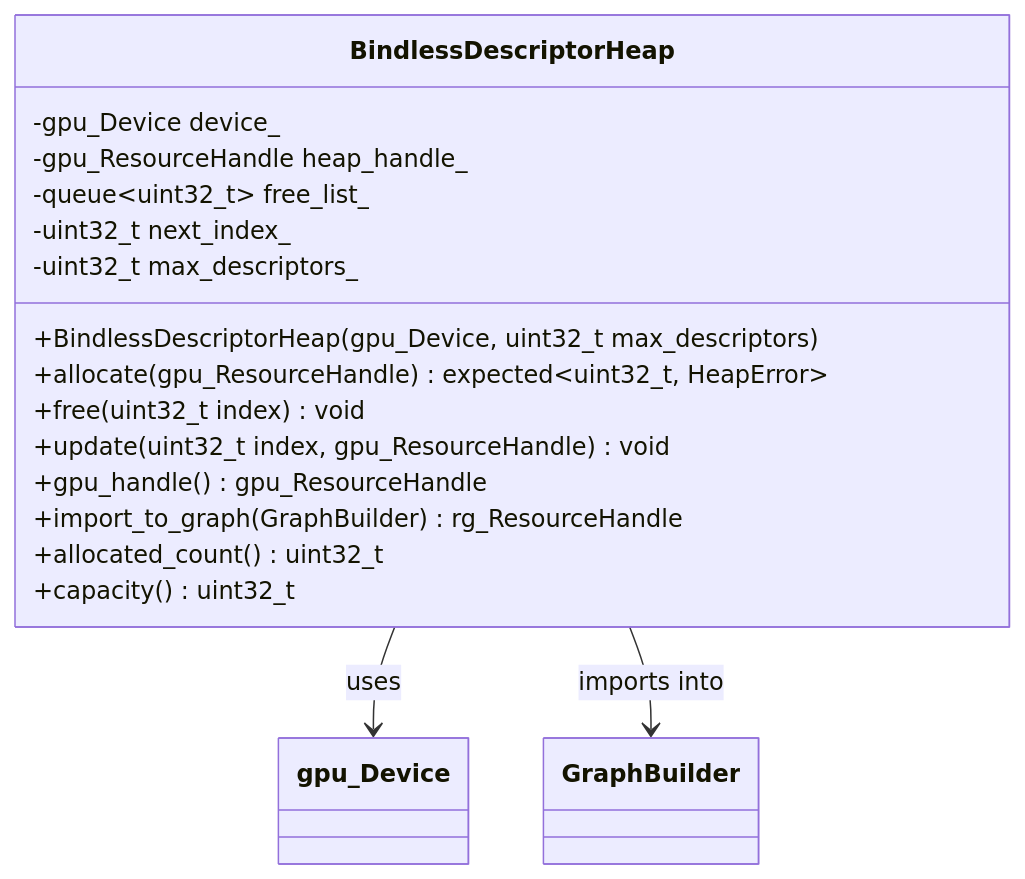
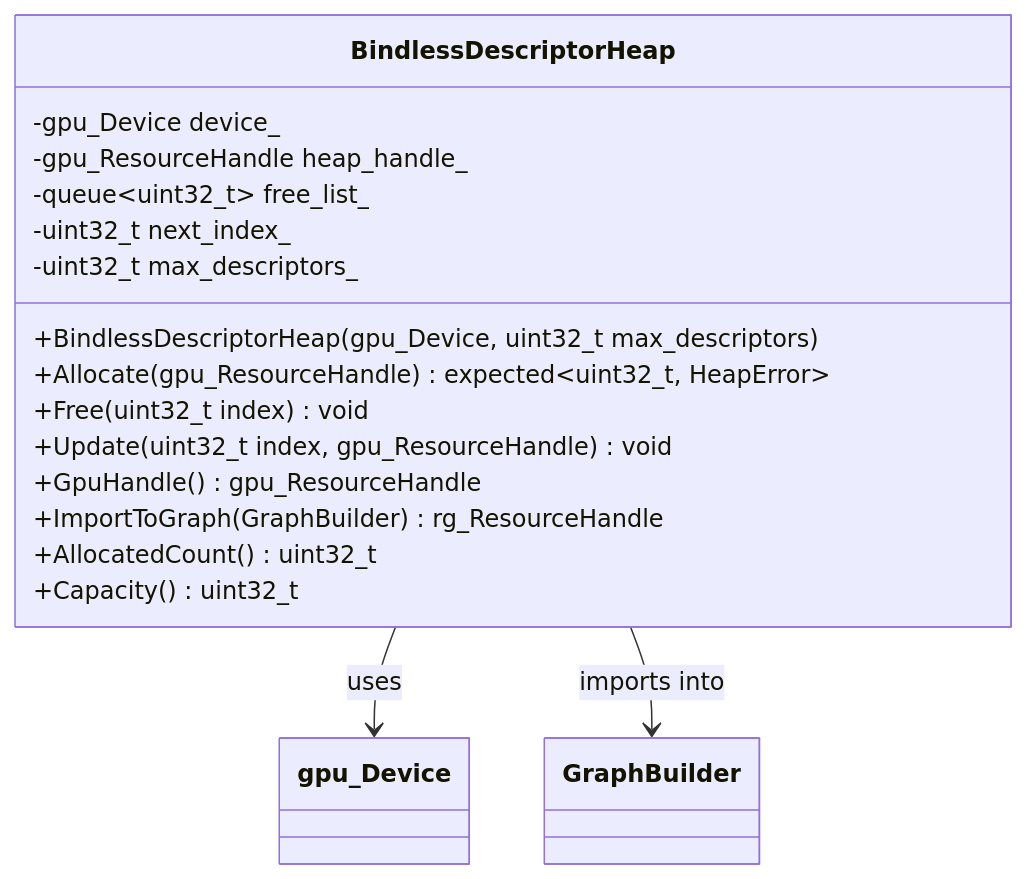
The eighth of 12 diagrams in docs/design/asset-pipeline-classes.md (harmonius-dev/harmonius), drawn with Mermaid before and after one commit. The commit also changed other lines of this file and 67 other files, not shown here.

````diff
--- a/docs/design/asset-pipeline-classes.md
+++ b/docs/design/asset-pipeline-classes.md
@@ -322,21 +330,21 @@
 ```mermaid
 classDiagram
     class BindlessDescriptorHeap {
         +BindlessDescriptorHeap(gpu_Device, uint32_t max_descriptors)
-        +allocate(gpu_ResourceHandle) expected~uint32_t, HeapError~
-        +free(uint32_t index) void
-        +update(uint32_t index, gpu_ResourceHandle) void
-        +gpu_handle() gpu_ResourceHandle
-        +import_to_graph(GraphBuilder) rg_ResourceHandle
-        +allocated_count() uint32_t
-        +capacity() uint32_t
+        +Allocate(gpu_ResourceHandle) expected~uint32_t, HeapError~
+        +Free(uint32_t index) void
+        +Update(uint32_t index, gpu_ResourceHandle) void
+        +GpuHandle() gpu_ResourceHandle
+        +ImportToGraph(GraphBuilder) rg_ResourceHandle
+        +AllocatedCount() uint32_t
+        +Capacity() uint32_t
         -gpu_Device device_
         -gpu_ResourceHandle heap_handle_
         -queue~uint32_t~ free_list_
         -uint32_t next_index_
         -uint32_t max_descriptors_
     }
 
     BindlessDescriptorHeap --> gpu_Device : uses
     BindlessDescriptorHeap --> GraphBuilder : imports into
 ```
````
